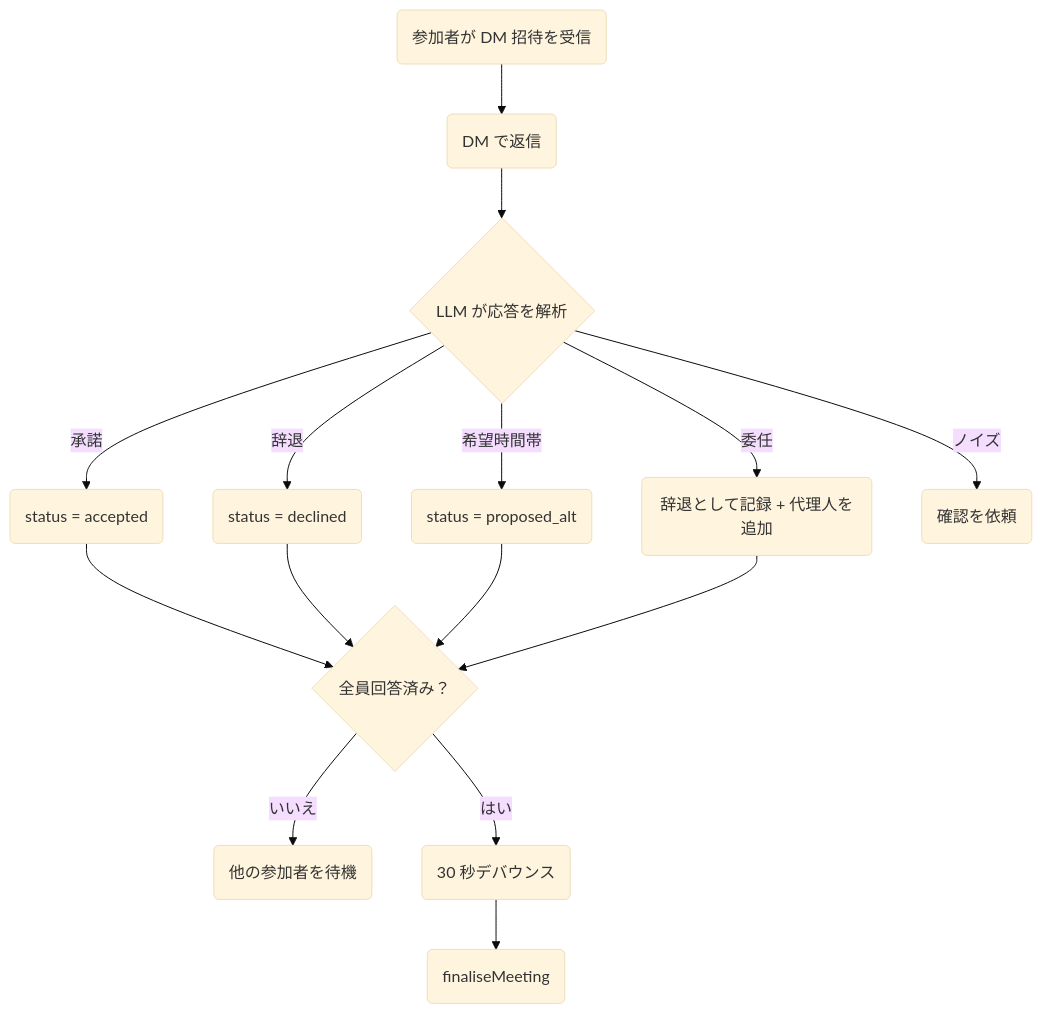
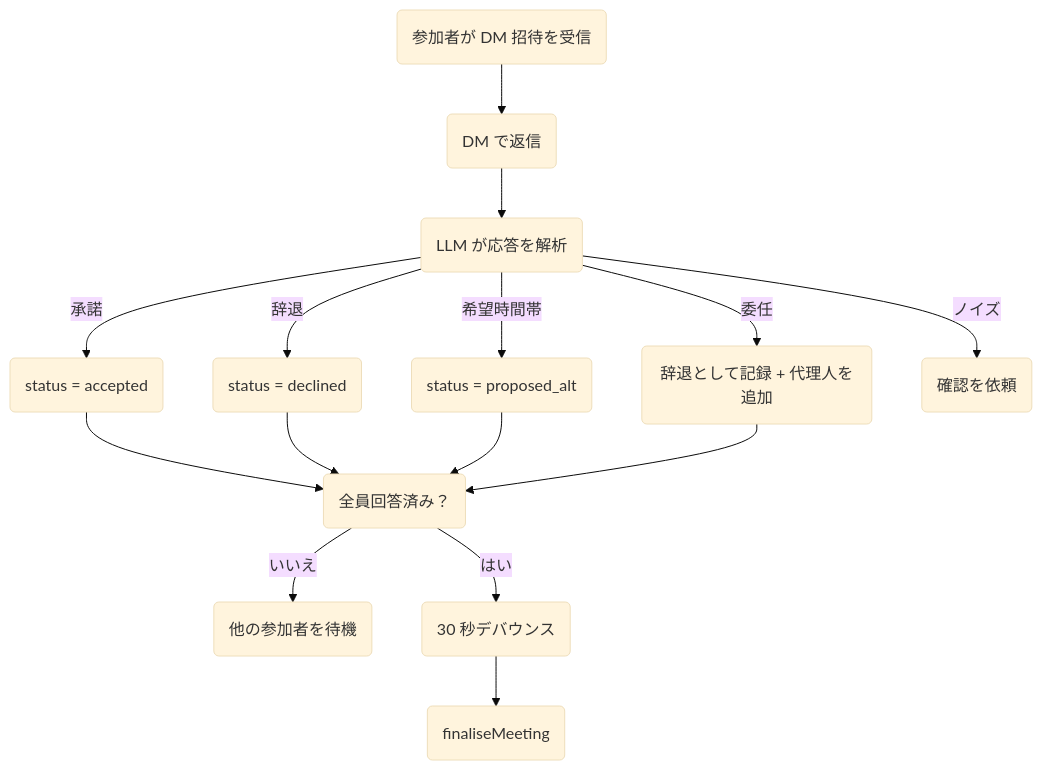
The fifth of 7 diagrams in README.ja.md (javana3/claw_meeting_all), drawn with Mermaid (base theme) before and after one commit. The commit also changed other lines of this file and 4 other files, not shown here.

First line of the commit message:
docs: round all diagram nodes and update colors across 5 languages

````diff
--- a/README.ja.md
+++ b/README.ja.md
@@ -133,19 +133,19 @@
 ```mermaid
 graph TD
     A(参加者が DM 招待を受信) --> B(DM で返信)
-    B --> C{LLM が応答を解析}
+    B --> C(LLM が応答を解析)
     C -->|承諾| D(status = accepted)
     C -->|辞退| E(status = declined)
     C -->|希望時間帯| F(status = proposed_alt)
     C -->|委任| G(辞退として記録 + 代理人を追加)
     C -->|ノイズ| H(確認を依頼)
 
-    D --> I{全員回答済み？}
+    D --> I(全員回答済み？)
     E --> I
     F --> I
     G --> I
 
     I -->|いいえ| J(他の参加者を待機)
     I -->|はい| K(30 秒デバウンス)
     K --> L(finaliseMeeting)
 ```
````
